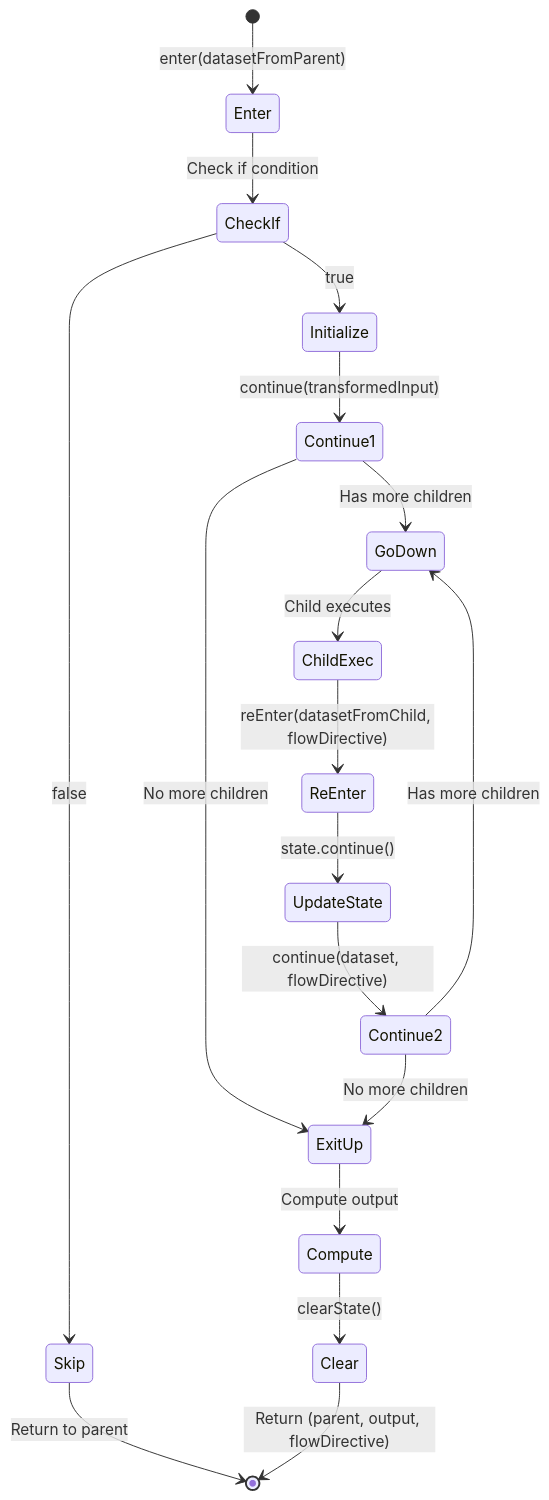
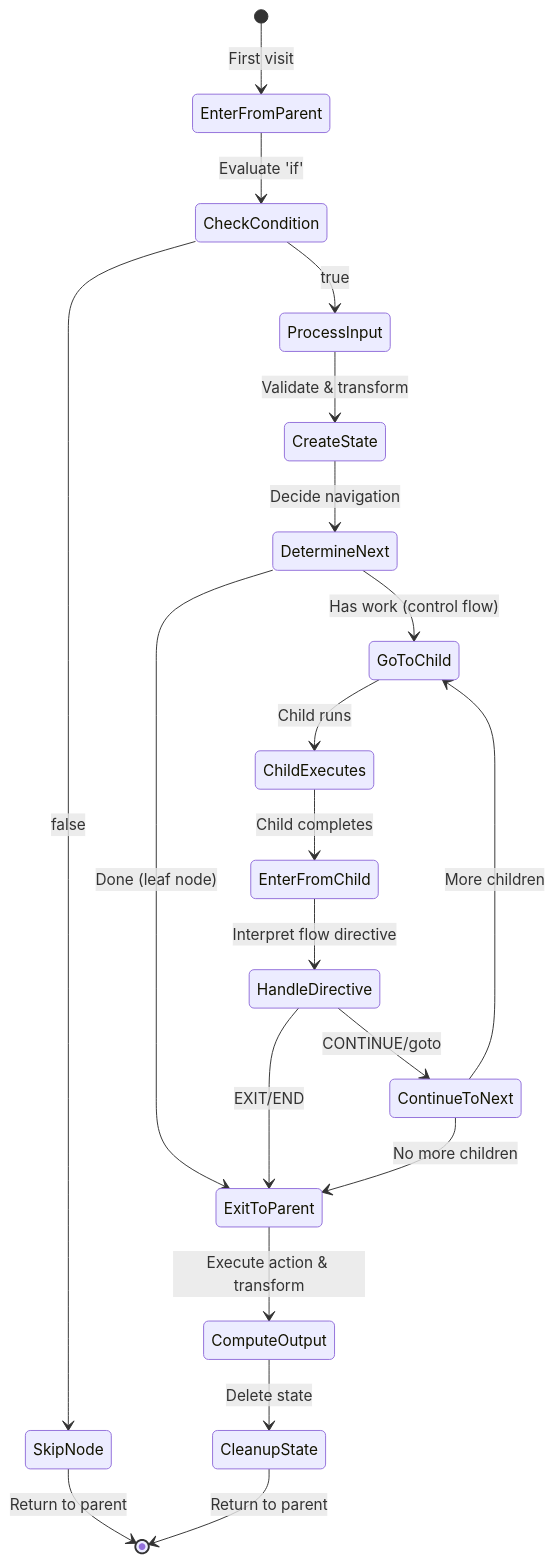
The second of 7 diagrams in docs/dev/workflow-execution-formal-model.md (lemline/lemline), drawn with Mermaid before and after one commit. The commit also changed other lines of this file, not shown here.

First line of the commit message:
Simplify formal model documentation with conceptual explanations and diagrams

````diff
--- a/docs/dev/workflow-execution-formal-model.md
+++ b/docs/dev/workflow-execution-formal-model.md
@@ -541,20 +104,22 @@
 ```mermaid
 stateDiagram-v2
-    [*] --> Enter: enter(datasetFromParent)
-    Enter --> CheckIf: Check if condition
-    CheckIf --> Skip: false
-    Skip --> [*]: Return to parent
-    CheckIf --> Initialize: true
-    Initialize --> Continue1: continue(transformedInput)
-    Continue1 --> GoDown: Has more children
-    Continue1 --> ExitUp: No more children
-    GoDown --> ChildExec: Child executes
-    ChildExec --> ReEnter: reEnter(datasetFromChild, flowDirective)
-    ReEnter --> UpdateState: state.continue()
-    UpdateState --> Continue2: continue(dataset, flowDirective)
-    Continue2 --> GoDown: Has more children
-    Continue2 --> ExitUp: No more children
-    ExitUp --> Compute: Compute output
-    Compute --> Clear: clearState()
-    Clear --> [*]: Return (parent, output, flowDirective)
+    [*] --> EnterFromParent: First visit
+    EnterFromParent --> CheckCondition: Evaluate 'if'
+    CheckCondition --> SkipNode: false
+    SkipNode --> [*]: Return to parent
+    CheckCondition --> ProcessInput: true
+    ProcessInput --> CreateState: Validate & transform
+    CreateState --> DetermineNext: Decide navigation
+    DetermineNext --> GoToChild: Has work (control flow)
+    DetermineNext --> ExitToParent: Done (leaf node)
+    GoToChild --> ChildExecutes: Child runs
+    ChildExecutes --> EnterFromChild: Child completes
+    EnterFromChild --> HandleDirective: Interpret flow directive
+    HandleDirective --> ExitToParent: EXIT/END
+    HandleDirective --> ContinueToNext: CONTINUE/goto
+    ContinueToNext --> GoToChild: More children
+    ContinueToNext --> ExitToParent: No more children
+    ExitToParent --> ComputeOutput: Execute action & transform
+    ComputeOutput --> CleanupState: Delete state
+    CleanupState --> [*]: Return to parent
 ```
````
